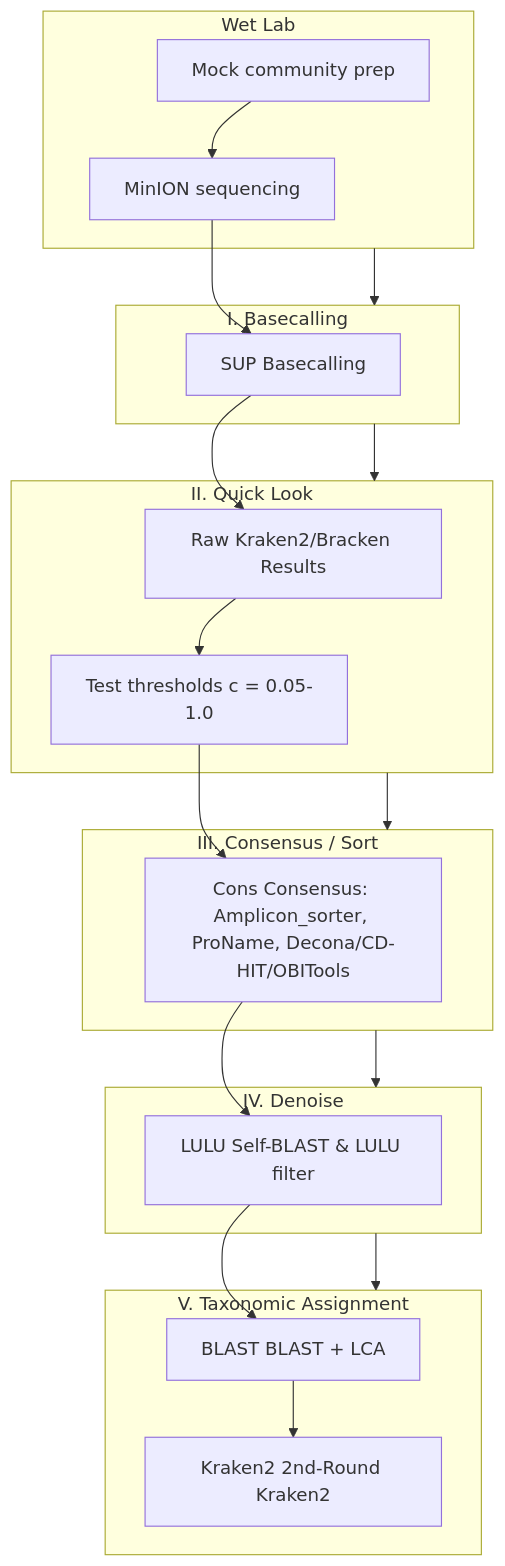
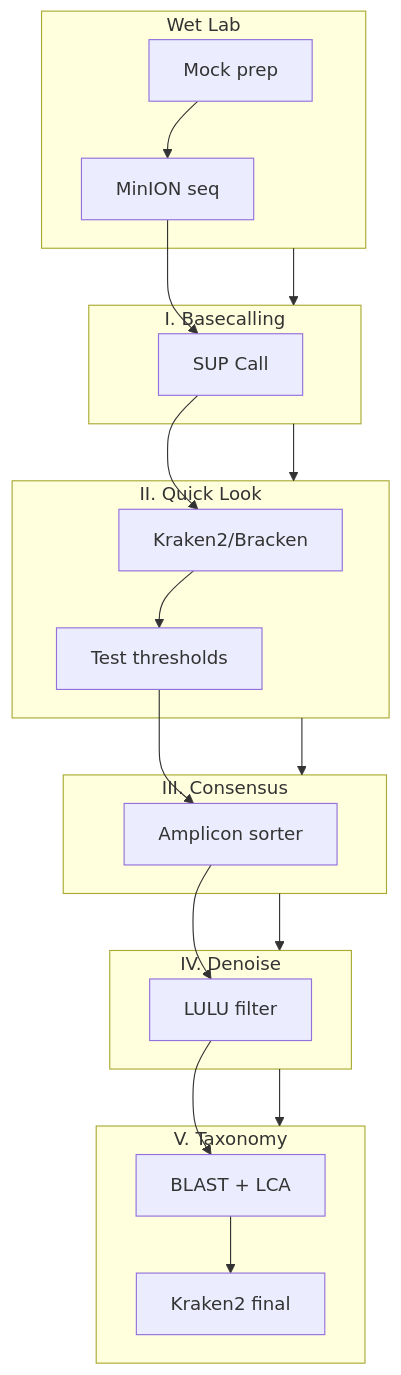
One commit to piedna/DeCodeDNA changed the diagram in README.md. Above: the diagram before and after it, drawn with Mermaid.

Commit message:
Fix Mermaid flowchart text size for better readability

````diff
--- a/README.md
+++ b/README.md
@@ -38,36 +38,36 @@
 ```mermaid
 flowchart TB
     subgraph WetLab ["Wet Lab"]
-        MC[Mock community prep]
-        MinION[MinION sequencing]
+        MC[Mock prep]
+        MinION[MinION seq]
         MC --> MinION
     end
     
-    subgraph Basecalling ["I. Basecalling"]
-        MinION --> SUP[SUP Basecalling]
+    subgraph Step1 ["I. Basecalling"]
+        MinION --> SUP[SUP Call]
     end
     
-    subgraph QuickLook ["II. Quick Look"]
-        SUP --> Kraken[Raw Kraken2/Bracken Results]
-        Kraken --> TestThresh[Test thresholds c = 0.05-1.0]
+    subgraph Step2 ["II. Quick Look"]
+        SUP --> Kraken[Kraken2/Bracken]
+        Kraken --> Thresh[Test thresholds]
     end
     
-    subgraph Consensus ["III. Consensus / Sort"]
-        TestThresh --> ConsSort[Cons Consensus: Amplicon_sorter, ProName, Decona/CD-HIT/OBITools]
+    subgraph Step3 ["III. Consensus"]
+        Thresh --> Cons[Amplicon sorter]
     end
     
-    subgraph Denoise ["IV. Denoise"]
-        ConsSort --> LULU[LULU Self-BLAST & LULU filter]
+    subgraph Step4 ["IV. Denoise"]
+        Cons --> LULU[LULU filter]
     end
     
-    subgraph Taxonomic ["V. Taxonomic Assignment"]
-        LULU --> BLAST[BLAST BLAST + LCA]
-        BLAST --> Kraken2[Kraken2 2nd-Round Kraken2]
+    subgraph Step5 ["V. Taxonomy"]
+        LULU --> BLAST[BLAST + LCA]
+        BLAST --> K2[Kraken2 final]
     end
     
-    WetLab --> Basecalling
-    Basecalling --> QuickLook
-    QuickLook --> Consensus
-    Consensus --> Denoise
-    Denoise --> Taxonomic
+    WetLab --> Step1
+    Step1 --> Step2
+    Step2 --> Step3
+    Step3 --> Step4
+    Step4 --> Step5
 ```
````
